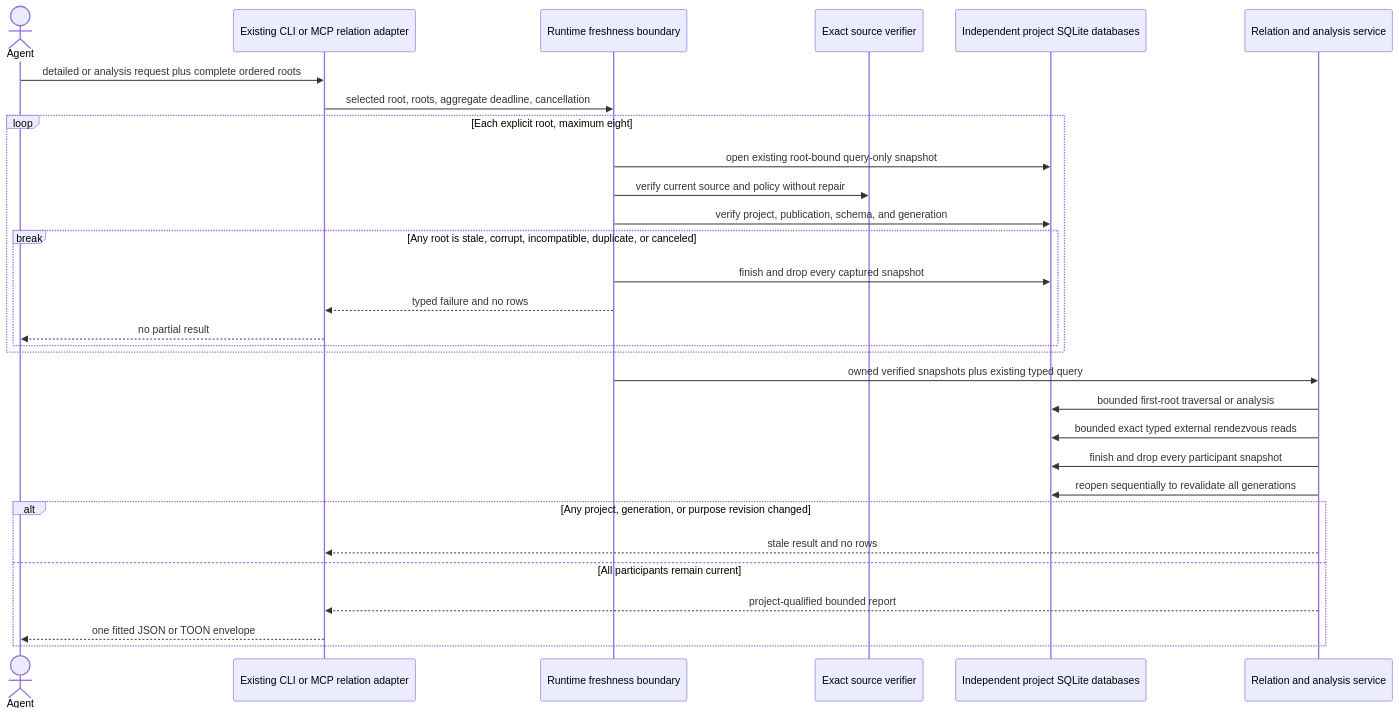
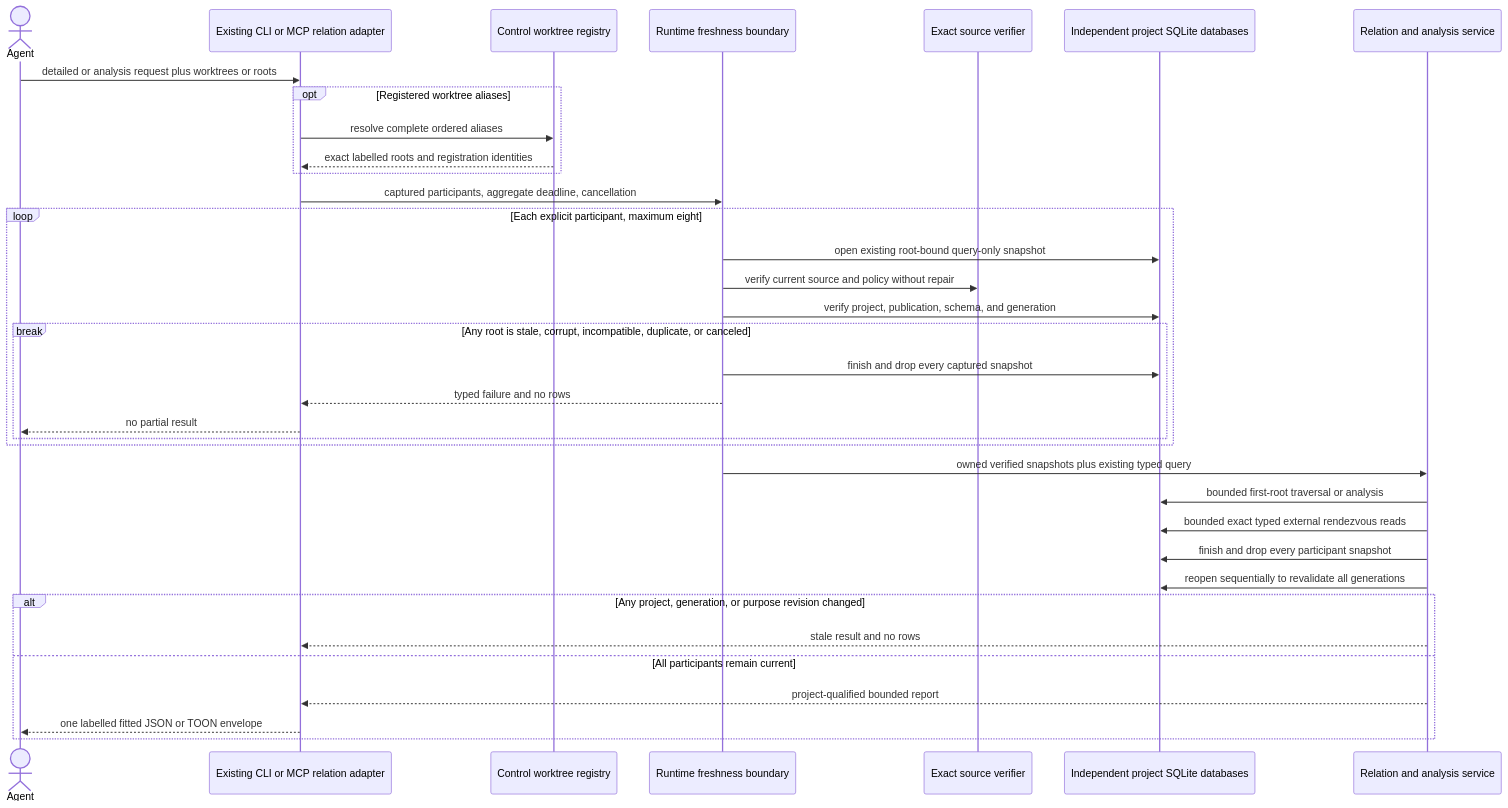
Before and after one commit to styler-ai/ProjectAtlas: the tenth of 33 diagrams in docs/projectatlas-3-architecture.md, drawn with Mermaid. The commit also changed other lines of this file and 56 other files, not shown here.

Commit message:
feat(worktrees): complete RC1 atlas continuity (#430, #440)

````diff
--- a/docs/projectatlas-3-architecture.md
+++ b/docs/projectatlas-3-architecture.md
@@ -923,33 +926,38 @@
 ```mermaid
 sequenceDiagram
     actor Agent
     participant Adapter as Existing CLI or MCP relation adapter
+    participant Registry as Control worktree registry
     participant Runtime as Runtime freshness boundary
     participant FS as Exact source verifier
     participant DB as Independent project SQLite databases
     participant Service as Relation and analysis service
 
-    Agent->>Adapter: detailed or analysis request plus complete ordered roots
-    Adapter->>Runtime: selected root, roots, aggregate deadline, cancellation
-    loop Each explicit root, maximum eight
+    Agent->>Adapter: detailed or analysis request plus worktrees or roots
+    opt Registered worktree aliases
+        Adapter->>Registry: resolve complete ordered aliases
+        Registry-->>Adapter: exact labelled roots and registration identities
+    end
+    Adapter->>Runtime: captured participants, aggregate deadline, cancellation
+    loop Each explicit participant, maximum eight
         Runtime->>DB: open existing root-bound query-only snapshot
         Runtime->>FS: verify current source and policy without repair
         Runtime->>DB: verify project, publication, schema, and generation
         break Any root is stale, corrupt, incompatible, duplicate, or canceled
             Runtime->>DB: finish and drop every captured snapshot
             Runtime-->>Adapter: typed failure and no rows
             Adapter-->>Agent: no partial result
         end
     end
     Runtime->>Service: owned verified snapshots plus existing typed query
     Service->>DB: bounded first-root traversal or analysis
     Service->>DB: bounded exact typed external rendezvous reads
     Service->>DB: finish and drop every participant snapshot
     Service->>DB: reopen sequentially to revalidate all generations
     alt Any project, generation, or purpose revision changed
         Service-->>Adapter: stale result and no rows
     else All participants remain current
         Service-->>Adapter: project-qualified bounded report
-        Adapter-->>Agent: one fitted JSON or TOON envelope
+        Adapter-->>Agent: one labelled fitted JSON or TOON envelope
     end
 ```
````
